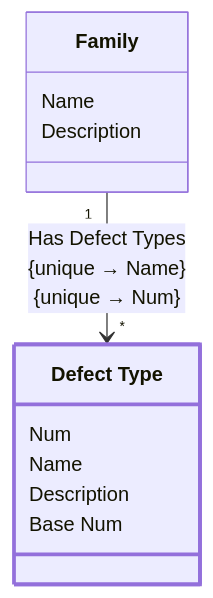
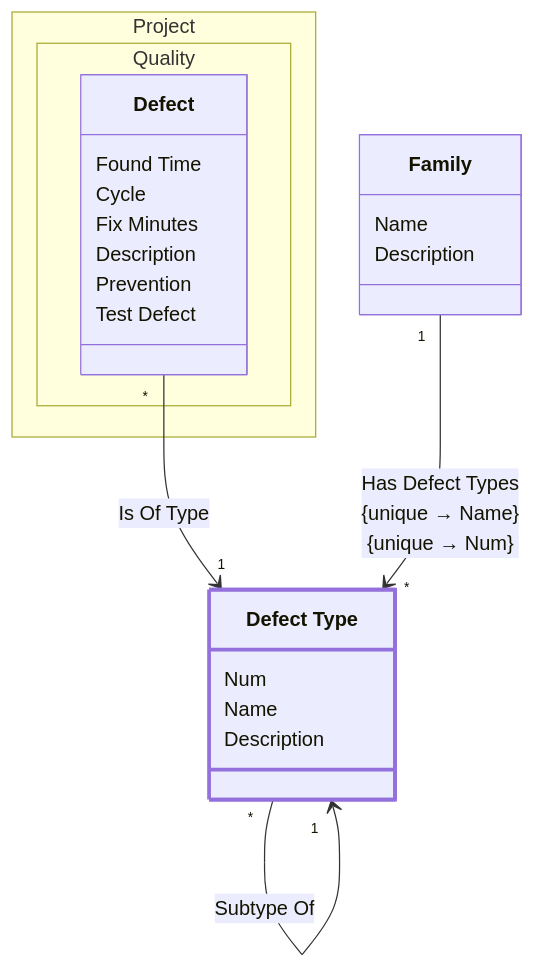
One commit to glemzurg/glemzurg changed the diagram in examples/requirements/req/output/development/class-domain.process.subdomain.family.class.defect_type.md. Above: the diagram before and after it, drawn with Mermaid. The commit also changed other lines of this file and 30 other files, not shown here.

````diff
--- a/examples/requirements/req/output/development/class-domain.process.subdomain.family.class.defect_type.md
+++ b/examples/requirements/req/output/development/class-domain.process.subdomain.family.class.defect_type.md
@@ -26,21 +27,32 @@
 ```mermaid
 ---
 config:
   class:
     hideEmptyMembersBox: true
 ---
 classDiagram
 class class_domain_process_subdomain_family_class_defect_type["Defect Type"] {
         Num
         Name
         Description
-        Base Num
     }
 class class_domain_process_subdomain_family_class_family["Family"] {
         Name
         Description
     }
+namespace Project.Quality {
+class class_domain_project_subdomain_quality_class_defect["Defect"] {
+            Found Time
+            Cycle
+            Fix Minutes
+            Description
+            Prevention
+            Test Defect
+        }
+}
 style class_domain_process_subdomain_family_class_defect_type stroke:#9370DB,stroke-width:3px
+class_domain_project_subdomain_quality_class_defect "*" --> "1" class_domain_process_subdomain_family_class_defect_type : Is Of Type
+class_domain_process_subdomain_family_class_defect_type "*" --> "1" class_domain_process_subdomain_family_class_defect_type : Subtype Of
 class_domain_process_subdomain_family_class_family "1" --> "*" class_domain_process_subdomain_family_class_defect_type : Has Defect Types<br/>{unique → Name}<br/>{unique → Num}
 
 ```
````
